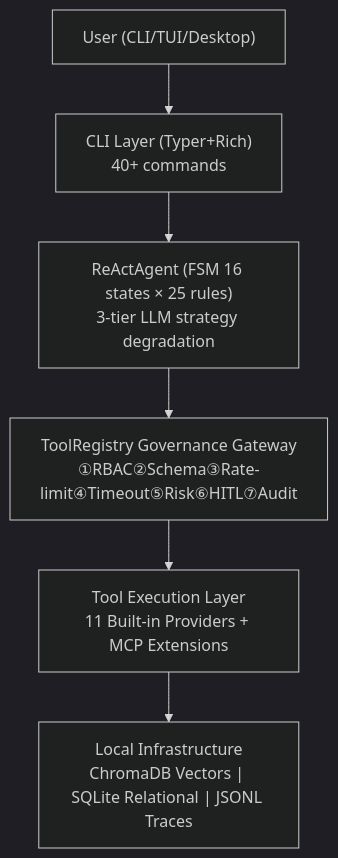
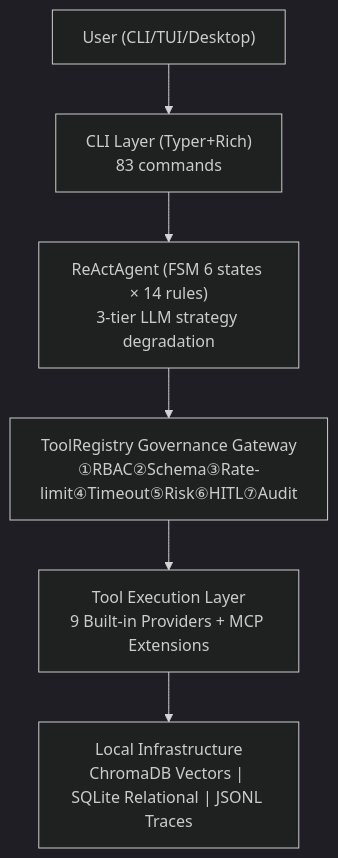
One commit to paipaipai666/agent-nexus changed the diagram in docs/Home.en.md. Above: the diagram before and after it, drawn with Mermaid (dark theme). The commit also changed other lines of this file and 25 other files, not shown here.

````diff
--- a/docs/Home.en.md
+++ b/docs/Home.en.md
@@ -12,8 +12,8 @@
 ```mermaid
 graph TD
-    User["User (CLI/TUI/Desktop)"] --> CLI["CLI Layer (Typer+Rich)<br>40+ commands"]
-    CLI --> ReAct["ReActAgent (FSM 16 states × 25 rules)<br>3-tier LLM strategy degradation"]
+    User["User (CLI/TUI/Desktop)"] --> CLI["CLI Layer (Typer+Rich)<br>83 commands"]
+    CLI --> ReAct["ReActAgent (FSM 6 states × 14 rules)<br>3-tier LLM strategy degradation"]
     ReAct --> Gate["ToolRegistry Governance Gateway<br>①RBAC②Schema③Rate-limit④Timeout⑤Risk⑥HITL⑦Audit"]
-    Gate --> Tools["Tool Execution Layer<br>11 Built-in Providers + MCP Extensions"]
+    Gate --> Tools["Tool Execution Layer<br>9 Built-in Providers + MCP Extensions"]
     Tools --> Local["Local Infrastructure<br>ChromaDB Vectors | SQLite Relational | JSONL Traces"]
 ```
````
